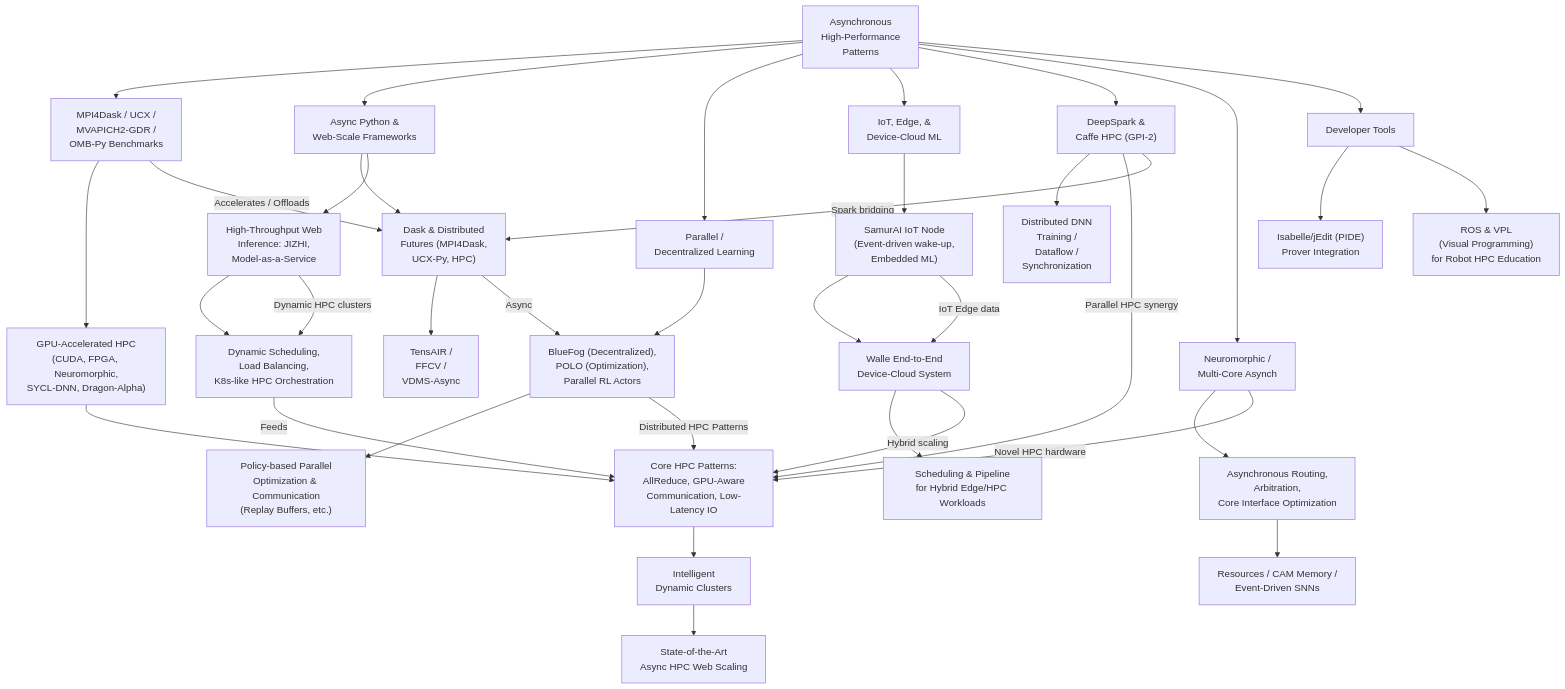
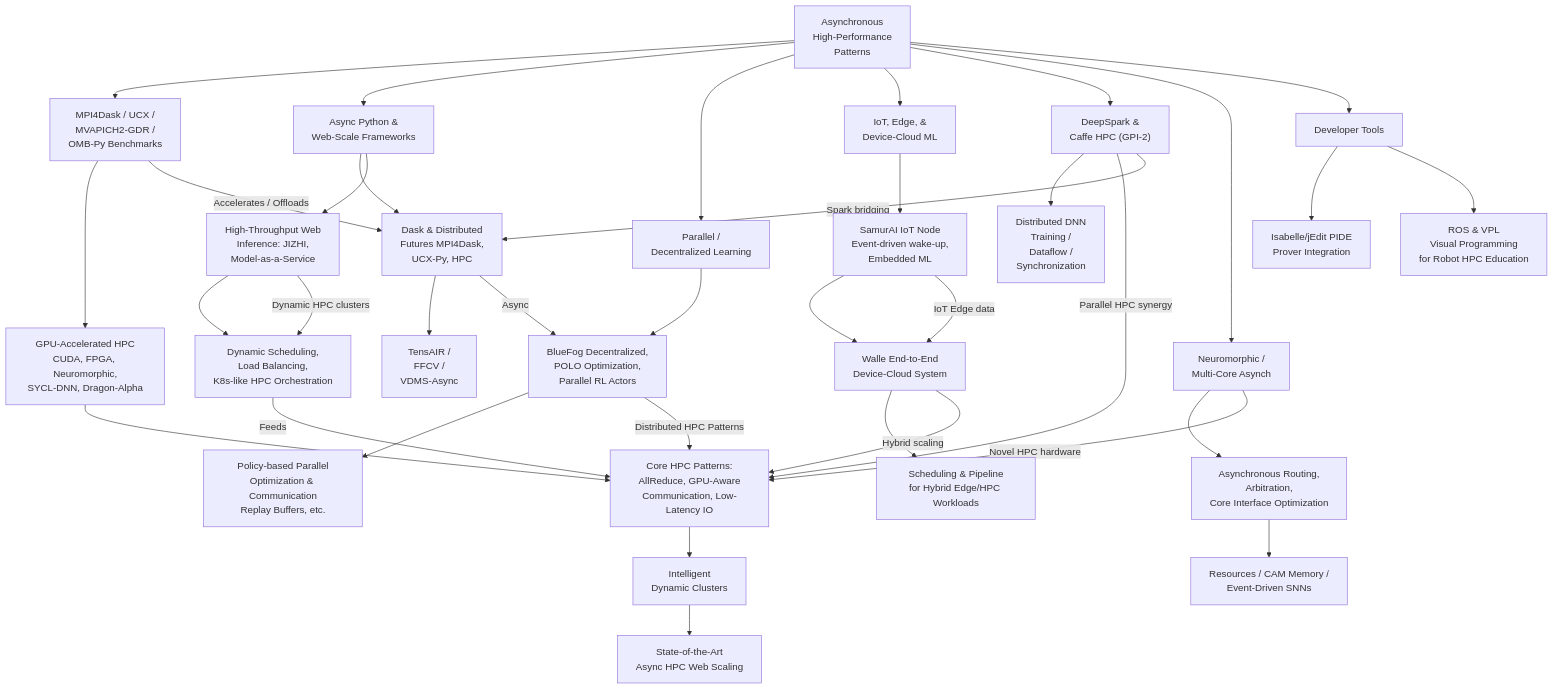
The fourth of 17 diagrams in MermaidGraphs20x15=5.md (AaronCWacker/CV), drawn with Mermaid before and after one commit.

````diff
--- a/MermaidGraphs20x15=5.md
+++ b/MermaidGraphs20x15=5.md
@@ -264,61 +264,61 @@
 ```mermaid
 flowchart TD
     %% Central theme
     A["Asynchronous<br>High-Performance<br>Patterns"]
         %% HPC and MPI-based technologies
         --> B["MPI4Dask / UCX /<br>MVAPICH2-GDR /<br>OMB-Py Benchmarks"]
 
     %% HPC clusters and GPU/FPGA/Neuromorphic
-    B --> C["GPU-Accelerated HPC<br>(CUDA, FPGA, Neuromorphic,<br>SYCL-DNN, Dragon-Alpha)"]
+    B --> C["GPU-Accelerated HPC<br>CUDA, FPGA, Neuromorphic,<br>SYCL-DNN, Dragon-Alpha"]
     C --> D["Core HPC Patterns:<br>AllReduce, GPU-Aware<br>Communication, Low-Latency IO"]
 
     %% Python-based async & dataflow
     A --> E["Async Python &<br>Web-Scale Frameworks"]
-    E --> F["Dask & Distributed<br>Futures (MPI4Dask,<br>UCX-Py, HPC)"]
+    E --> F["Dask & Distributed<br>Futures MPI4Dask,<br>UCX-Py, HPC"]
     F --> G["TensAIR /<br>FFCV /<br>VDMS-Async"]
 
     %% Large-scale inference & cluster mgmt
     E --> H["High-Throughput Web<br>Inference: JIZHI,<br>Model-as-a-Service"]
     H --> I["Dynamic Scheduling,<br>Load Balancing,<br>K8s-like HPC Orchestration"]
 
     %% Parallel + Decentralized learning
     A --> J["Parallel /<br>Decentralized Learning"]
-    J --> K["BlueFog (Decentralized),<br>POLO (Optimization),<br>Parallel RL Actors"]
-    K --> L["Policy-based Parallel<br>Optimization & Communication<br>(Replay Buffers, etc.)"]
+    J --> K["BlueFog Decentralized,<br>POLO Optimization,<br>Parallel RL Actors"]
+    K --> L["Policy-based Parallel<br>Optimization & Communication<br>Replay Buffers, etc."]
 
     %% IoT, Edge, and hardware-software synergy
     A --> M["IoT, Edge, &<br>Device-Cloud ML"]
-    M --> N["SamurAI IoT Node<br>(Event-driven wake-up,<br>Embedded ML)"]
+    M --> N["SamurAI IoT Node<br>Event-driven wake-up,<br>Embedded ML"]
     N --> O["Walle End-to-End<br>Device-Cloud System"]
     O --> P["Scheduling & Pipeline<br>for Hybrid Edge/HPC Workloads"]
 
     %% Additional specialized frameworks
     A --> Q["DeepSpark &<br>Caffe HPC (GPI-2)"]
     Q --> R["Distributed DNN<br>Training /<br>Dataflow /<br>Synchronization"]
 
     %% Neuromorphic multi-core + HPC correctness
     A --> S["Neuromorphic /<br>Multi-Core Asynch"]
     S --> T["Asynchronous Routing,<br>Arbitration,<br>Core Interface Optimization"]
     T --> U["Resources / CAM Memory /<br>Event-Driven SNNs"]
 
     %% Formal proof and visual programming
     A --> V["Developer Tools"]
-    V --> W["Isabelle/jEdit (PIDE)<br>Prover Integration"]
-    V --> X["ROS & VPL<br>(Visual Programming)<br>for Robot HPC Education"]
+    V --> W["Isabelle/jEdit PIDE<br>Prover Integration"]
+    V --> X["ROS & VPL<br>Visual Programming<br>for Robot HPC Education"]
 
     %% HPC synergy arrows to show cross-connection
     B -->|Accelerates / Offloads| F
     F -->|Async| K
     K -->|Distributed HPC Patterns| D
     Q -->|Parallel HPC synergy| D
     Q -->|Spark bridging| F
     H -->|Dynamic HPC clusters| I
     I -->|Feeds| D
     N -->|IoT Edge data| O
     O -->|Hybrid scaling| D
     S -->|Novel HPC hardware| D
 
     %% Summaries or final synergy points
     D --> Y["Intelligent<br>Dynamic Clusters"]
     Y --> Z["State-of-the-Art<br>Async HPC Web Scaling"]
 ```
````
